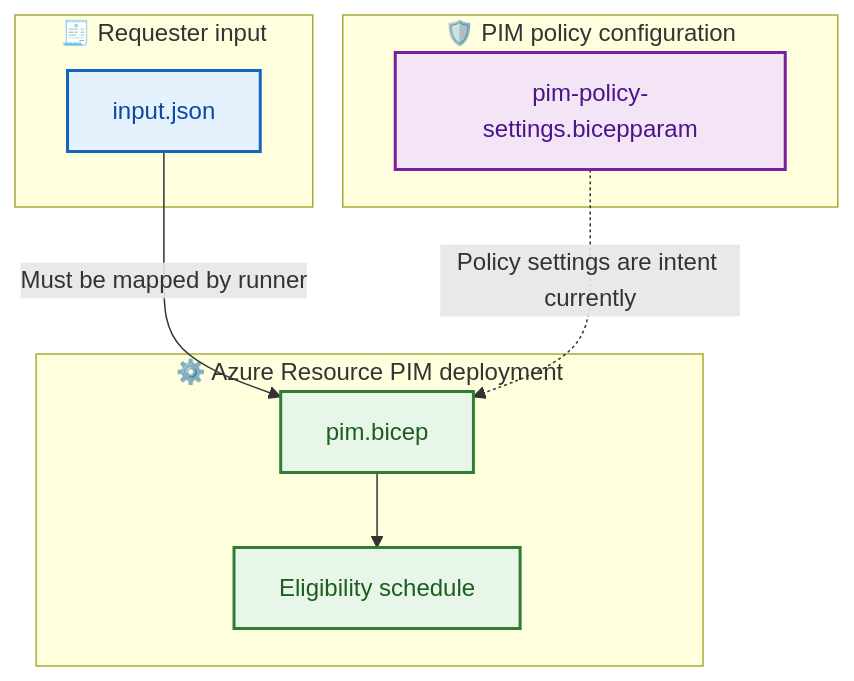
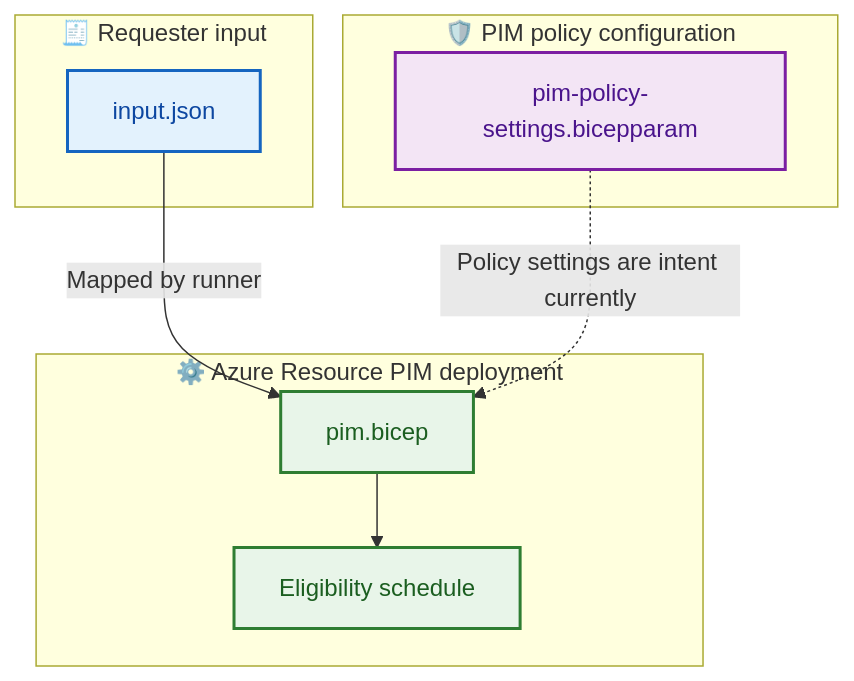
The diagram in docs/README.md (OLYMPUSPRIME/GPT-BIFROST), drawn with Mermaid before and after one commit. The commit also changed other lines of this file, not shown here.

Commit message:
Add PIM demo guide to docs index

````diff
--- a/docs/README.md
+++ b/docs/README.md
@@ -16,23 +17,22 @@
-```mermaid
+~~~mermaid
 flowchart TB
   subgraph Request["🧾 Requester input"]
     INPUT[input.json]
   end
   subgraph Policies["🛡️ PIM policy configuration"]
     PARAM[pim-policy-settings.bicepparam]
   end
   subgraph Deployment["⚙️ Azure Resource PIM deployment"]
     BICEP[pim.bicep]
     RESULT[Eligibility schedule]
   end
-  INPUT -->|Must be mapped by runner| BICEP
+  INPUT -->|Mapped by runner| BICEP
   PARAM -. Policy settings are intent currently .-> BICEP
   BICEP --> RESULT
-
   classDef req fill:#E3F2FD,stroke:#1565C0,color:#0D47A1,stroke-width:2px;
   classDef pol fill:#F3E5F5,stroke:#7B1FA2,color:#4A148C,stroke-width:2px;
   classDef dep fill:#E8F5E9,stroke:#2E7D32,color:#1B5E20,stroke-width:2px;
   class INPUT req;
   class PARAM pol;
   class BICEP,RESULT dep;
-```
+~~~
````
